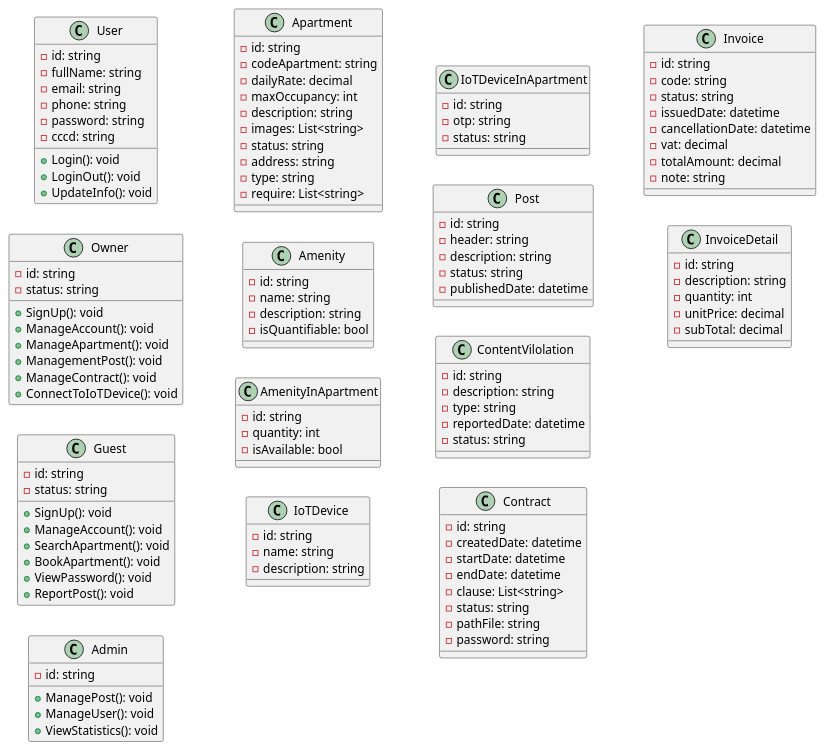
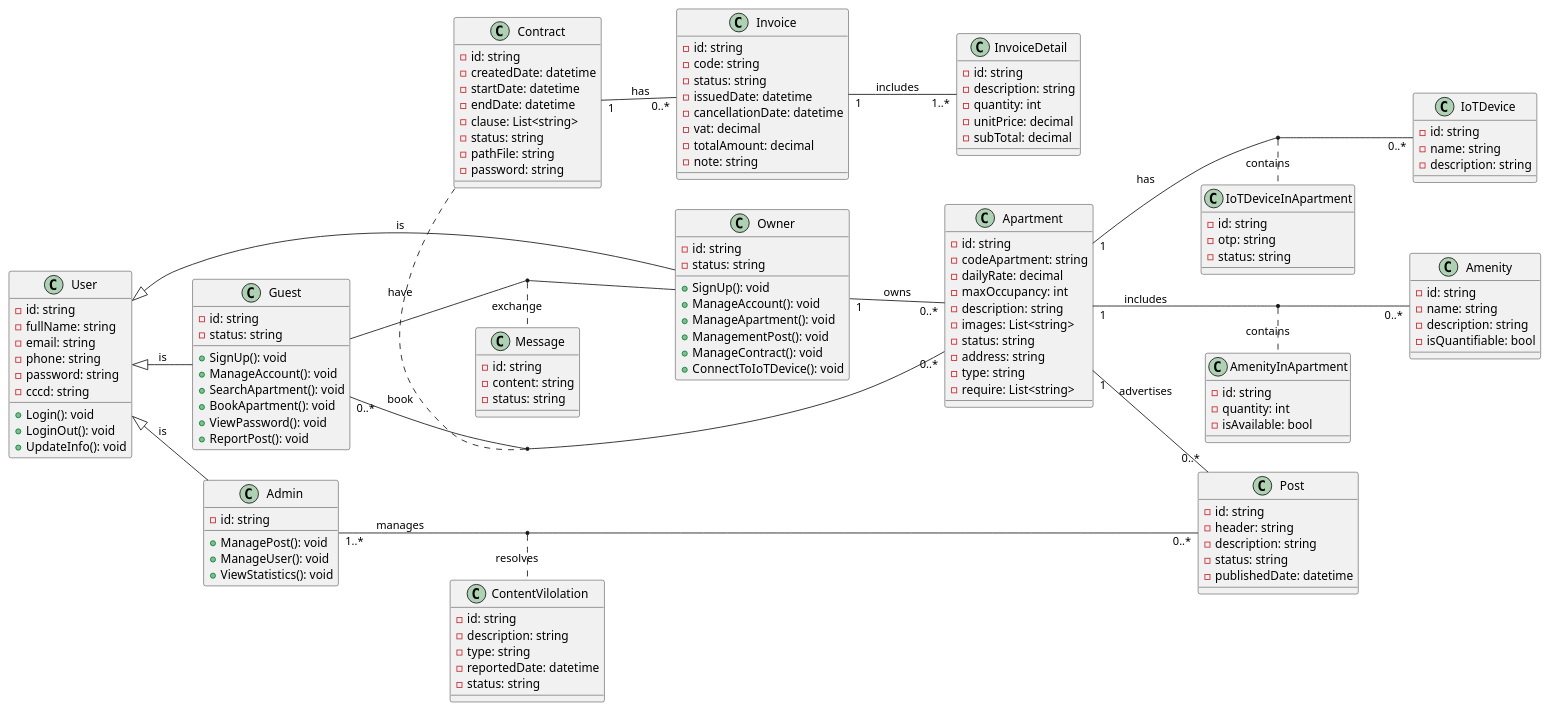
Before and after one commit to nho-moi-so/quan-ly-tim-kiem-phong-tro: the diagram in diagrams/class.puml, drawn with PlantUML.

Commit message:
nối các đường với nhau, nhưng chưa làm cho nó đẹp

```diff
--- a/diagrams/class.puml
+++ b/diagrams/class.puml
@@ -65,6 +65,10 @@
     + ViewStatistics(): void
     
 }
+User <|-- Owner: is
+User <|-- Guest: is
+User <|-- Admin: is
+
 
 ' enum ApartmentStatus {
 '     AVAILABLE
@@ -94,6 +98,8 @@
 
 }
 ' Apartment --> ApartmentStatus
+Owner "1" -- "0..*" Apartment: owns
+
 
 class Amenity{
     - id: string
@@ -102,11 +108,13 @@
     ' vật dụng có thể định lượng được (ví dụ: khăn giấy, xà phòng, nước uống ...) hoặc không định lượng được (ví dụ: wifi, truyền hình cáp, bãi đỗ xe ...) 
     - isQuantifiable: bool
 }
+Apartment "1" -- "0..*" Amenity: includes
 class AmenityInApartment{
     - id: string
     - quantity: int
     - isAvailable: bool
 }
+(Apartment, Amenity) .. AmenityInApartment: contains
 
 ' enum PostStatus {
 '     PENDING
@@ -126,11 +134,13 @@
 '     DISCONNECTED
 '     MALFUNCTIONING
 ' }
+Apartment "1" -- "0..*" IoTDevice: has
 class IoTDeviceInApartment{
     - id: string
     - otp: string
     - status: string
 }
+(Apartment, IoTDevice) .. IoTDeviceInApartment: contains
 
 class Post{
     - id: string
@@ -140,7 +150,8 @@
     - publishedDate: datetime
 }
 ' Post --> PostStatus
-
+Apartment "1" -- "0..*" Post: advertises
+Admin "1..*" -- "0..*" Post: manages
 ' enum ContentVilolationStatus {
 '     REPORTED
 '     UNDER_REVIEW
@@ -158,6 +169,7 @@
     - reportedDate: datetime
     - status: string
 }
+(Admin, Post) .. ContentVilolation: resolves
 ' ContentVilolation --> ContentVilolationStatus
 
 ' enum ContractStatus {
@@ -166,6 +178,8 @@
 '     CANCELLED
 '     PENDING
 ' }
+
+Guest "0..*" -- "0..*" Apartment: book
 class Contract{
     - id: string
     'ngày tạo ~ ngày đặt phòng 
@@ -183,7 +197,7 @@
 
 }
 ' Contract --> ContractStatus
-
+(Guest, Apartment) .. Contract: have
 ' enum InvoiceStatus {
 '     PAID
 '     UNPAID
@@ -203,6 +217,7 @@
     - totalAmount: decimal
     - note: string
 }
+Contract "1" -- "0..*" Invoice: has
 ' Invoice --> InvoiceStatus
 class InvoiceDetail{
     - id: string
@@ -214,5 +229,17 @@
     ' subTotal = quantity * unitPrice
     - subTotal: decimal
 }
-
+Invoice "1" -- "1..*" InvoiceDetail: includes
+' enum MessageStatus{
+'     SENT
+'     DELIVERED
+'     READ
+' }
+class Message{
+    - id: string
+    - content: string
+    - status: string
+}
+(Guest, Owner) .. Message: exchange
+' Message --> MessageStatus
 @enduml
```
